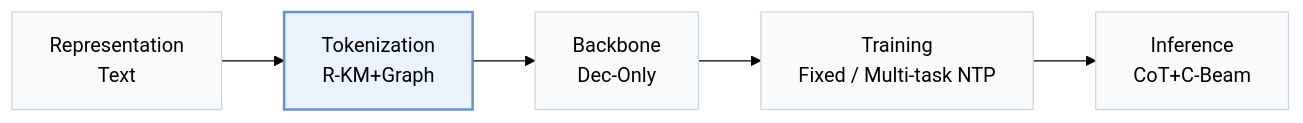
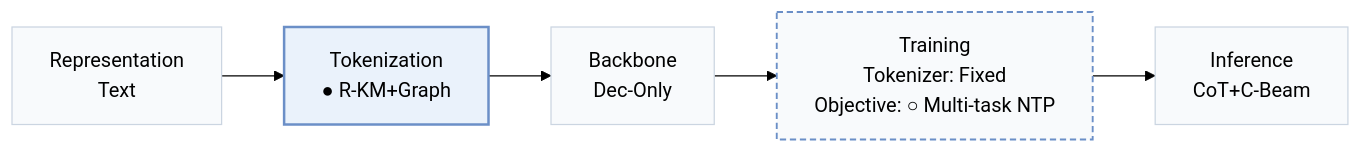
Before and after one commit to Galaxy-ghost/Awesome-SID-Generative-Rec: the first of 2 diagrams in pages/papers/cogrec.md, drawn with Mermaid (forest theme). The commit also changed other lines of this file and 558 other files, not shown here.

````diff
--- a/pages/papers/cogrec.md
+++ b/pages/papers/cogrec.md
@@ -15,8 +18,10 @@
 ```mermaid
 flowchart LR
-    R["Representation<br/>Text"] --> T["Tokenization<br/>R-KM+Graph"] --> B["Backbone<br/>Dec-Only"] --> TR["Training<br/>Fixed / Multi-task NTP"] --> I["Inference<br/>CoT+C-Beam"]
+    R["Representation<br/>Text"] --> T["Tokenization<br/>● R-KM+Graph"] --> B["Backbone<br/>Dec-Only"] --> TR["Training<br/>Tokenizer: Fixed<br/>Objective: ○ Multi-task NTP"] --> I["Inference<br/>CoT+C-Beam"]
     classDef base fill:#f8fafc,stroke:#cbd5e1
     class R,T,B,TR,I base
+    classDef other fill:#f8fafc,stroke:#6b8fc7,stroke-width:1.5px,stroke-dasharray:5 3
+    class TR other
     classDef main fill:#eaf2fb,stroke:#6b8fc7,stroke-width:2px
     class T main
 ```
````
